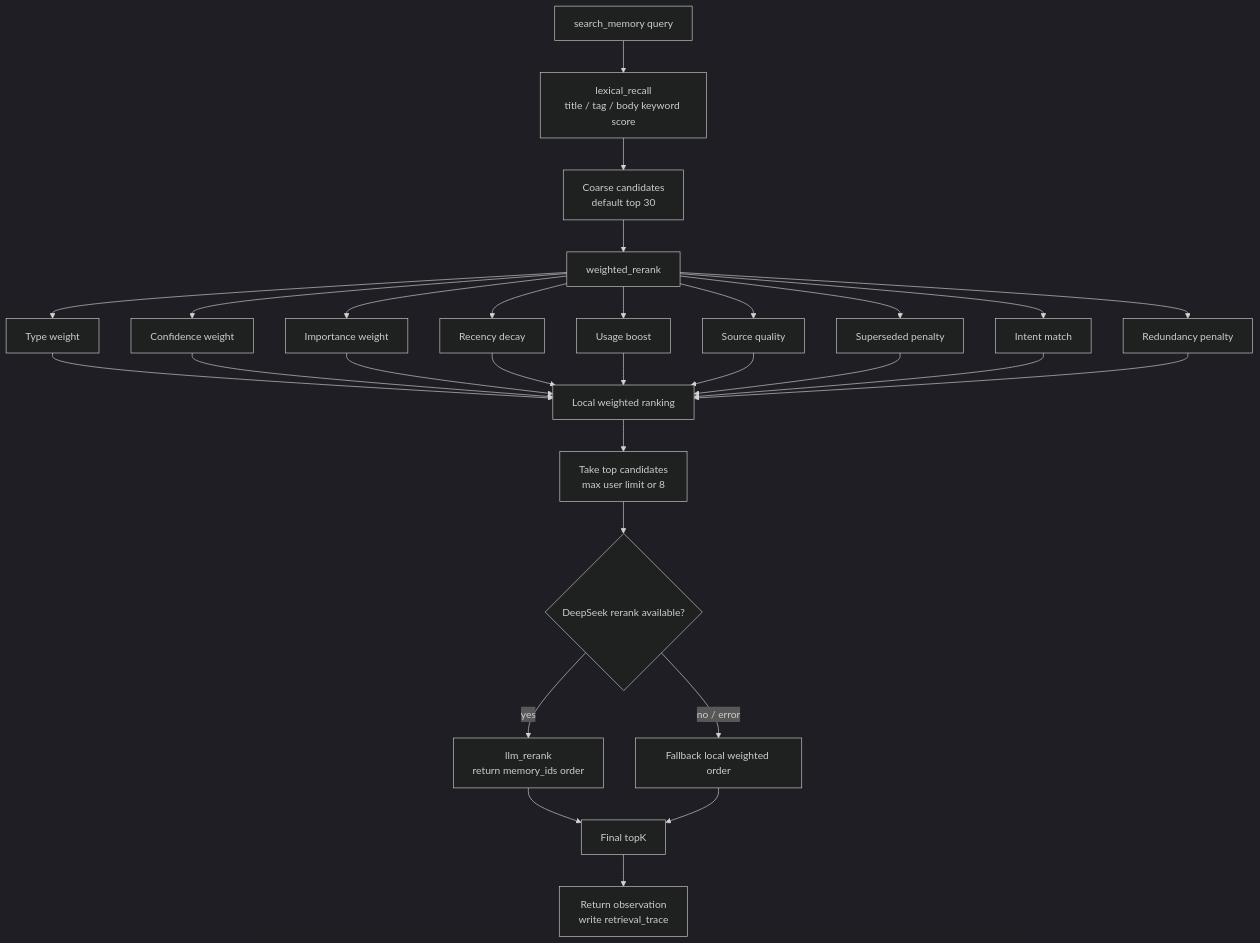
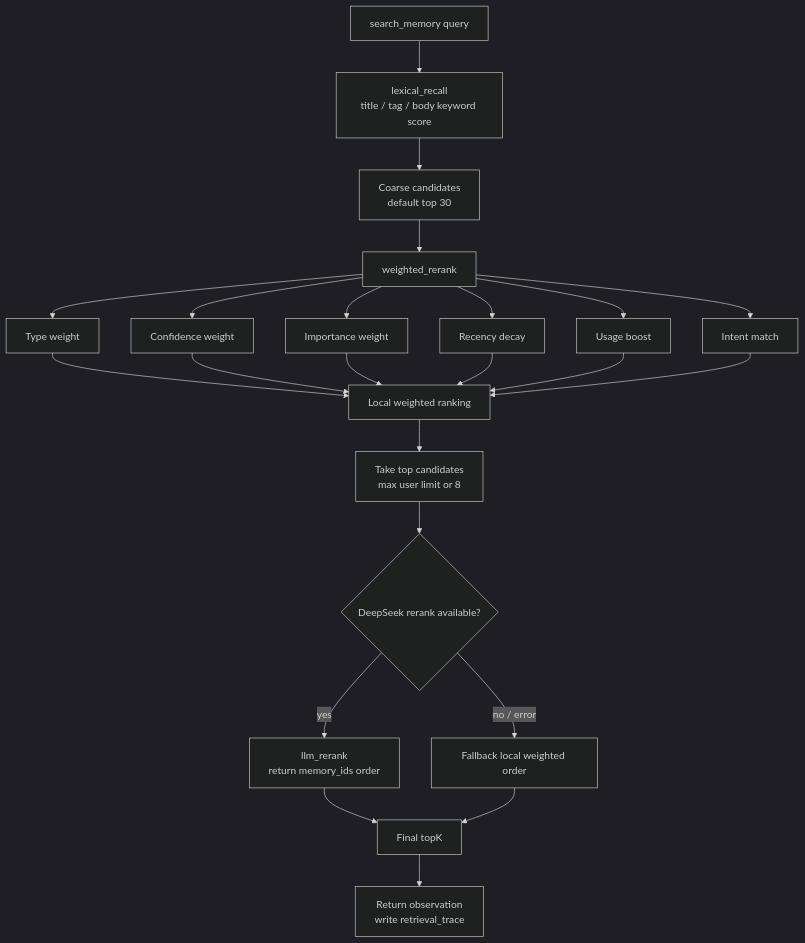
The fourth of 8 diagrams in README.md (Cachuela11/MiniCode), drawn with Mermaid (dark theme) before and after one commit. The commit also changed other lines of this file and 3 other files, not shown here.

````diff
--- a/README.md
+++ b/README.md
@@ -190,31 +190,25 @@
 ```mermaid
 flowchart TD
     A[search_memory query] --> B[lexical_recall<br/>title / tag / body keyword score]
     B --> C[Coarse candidates<br/>default top 30]
     C --> D[weighted_rerank]
     D --> E[Type weight]
     D --> F[Confidence weight]
     D --> G[Importance weight]
     D --> H[Recency decay]
     D --> I[Usage boost]
-    D --> J[Source quality]
-    D --> K[Superseded penalty]
-    D --> L[Intent match]
-    D --> M[Redundancy penalty]
+    D --> J[Intent match]
     E --> N[Local weighted ranking]
     F --> N
     G --> N
     H --> N
     I --> N
     J --> N
-    K --> N
-    L --> N
-    M --> N
     N --> O[Take top candidates<br/>max user limit or 8]
     O --> P{DeepSeek rerank available?}
     P -->|yes| Q[llm_rerank<br/>return memory_ids order]
     P -->|no / error| R[Fallback local weighted order]
     Q --> S[Final topK]
     R --> S
     S --> T[Return observation<br/>write retrieval_trace]
 ```
````
